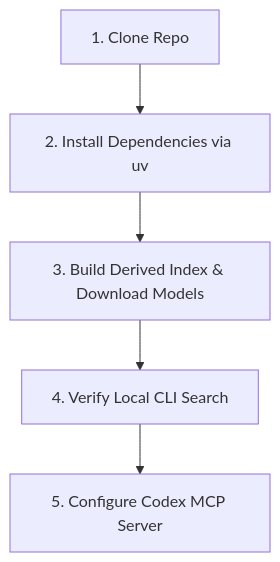
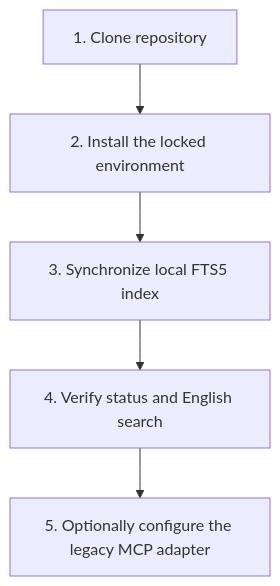
Before and after one commit to icaro-rdp/endurance_training: the diagram in docs/prototypes/009-clone-to-first-query-onboarding.md, drawn with Mermaid. The commit also changed other lines of this file and 41 other files, not shown here.

````diff
--- a/docs/prototypes/009-clone-to-first-query-onboarding.md
+++ b/docs/prototypes/009-clone-to-first-query-onboarding.md
@@ -33,7 +39,7 @@
 ```mermaid
 flowchart TD
-    A[1. Clone Repo] --> B[2. Install Dependencies via uv]
-    B --> C[3. Build Derived Index & Download Models]
-    C --> D[4. Verify Local CLI Search]
-    D --> E[5. Configure Codex MCP Server]
+    A["1. Clone repository"] --> B["2. Install the locked environment"]
+    B --> C["3. Synchronize local FTS5 index"]
+    C --> D["4. Verify status and English search"]
+    D --> E["5. Optionally configure the legacy MCP adapter"]
 ```
````
